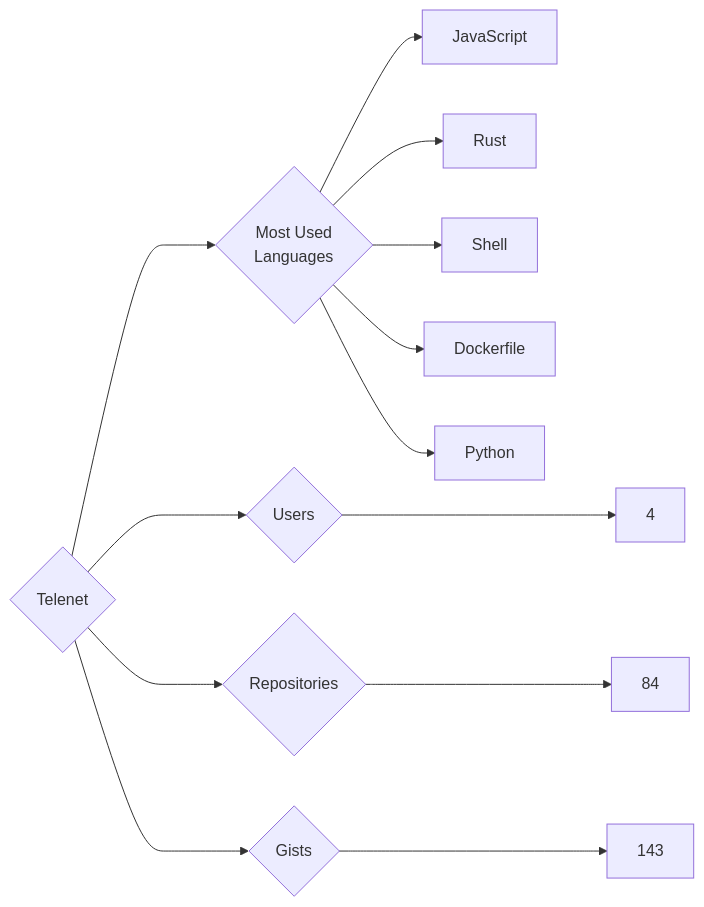
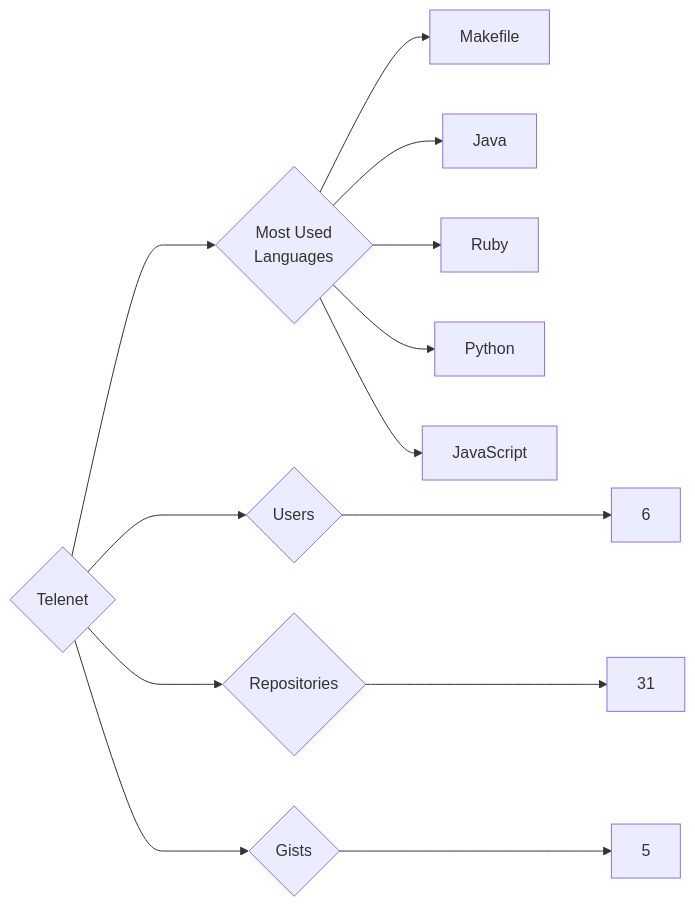
The diagram in targets/Telenet/README.md (trickest/insiders), drawn with Mermaid before and after one commit. The commit also changed 1696 other files, not shown here.

````diff
--- a/targets/Telenet/README.md
+++ b/targets/Telenet/README.md
@@ -3,13 +3,13 @@
 ```mermaid
 graph LR
 COMPANY_NAME{Telenet}
-COMPANY_NAME ---> U{Users} ---> UN[4]
-COMPANY_NAME ---> R{Repositories} ---> RN[84]
-COMPANY_NAME ---> G{Gists} ---> GN[143]
+COMPANY_NAME ---> U{Users} ---> UN[6]
+COMPANY_NAME ---> R{Repositories} ---> RN[31]
+COMPANY_NAME ---> G{Gists} ---> GN[5]
 COMPANY_NAME ---> ML{Most Used<br>Languages}
+ML --> Makefile[Makefile]
+ML --> Java[Java]
+ML --> Ruby[Ruby]
+ML --> Python[Python]
 ML --> JavaScript[JavaScript]
-ML --> Rust[Rust]
-ML --> Shell[Shell]
-ML --> Dockerfile[Dockerfile]
-ML --> Python[Python]
 ```
````
